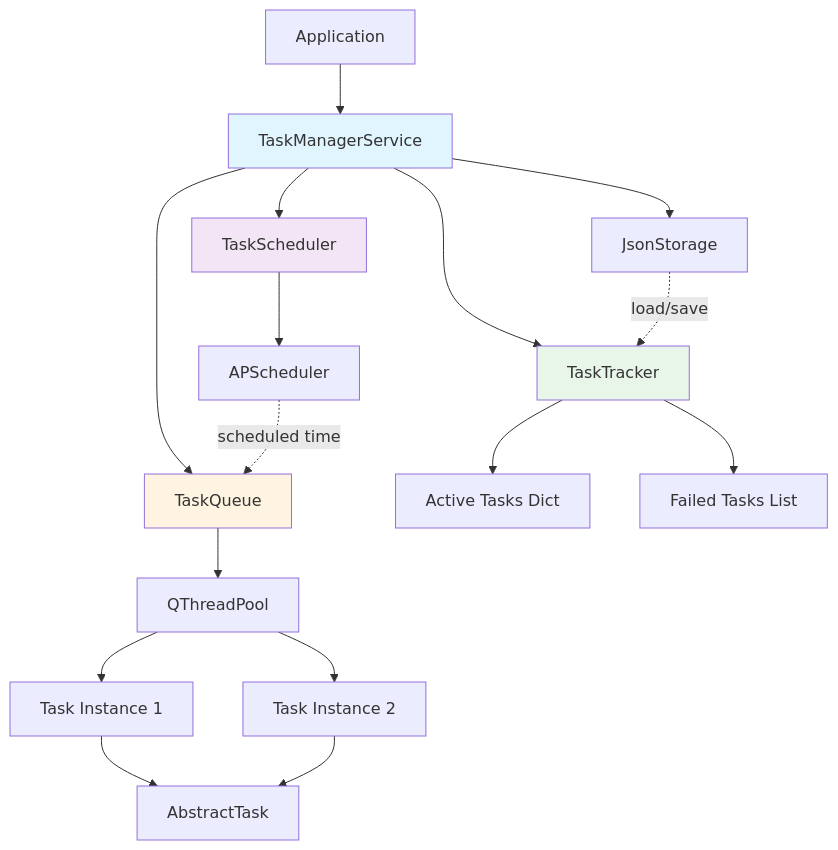
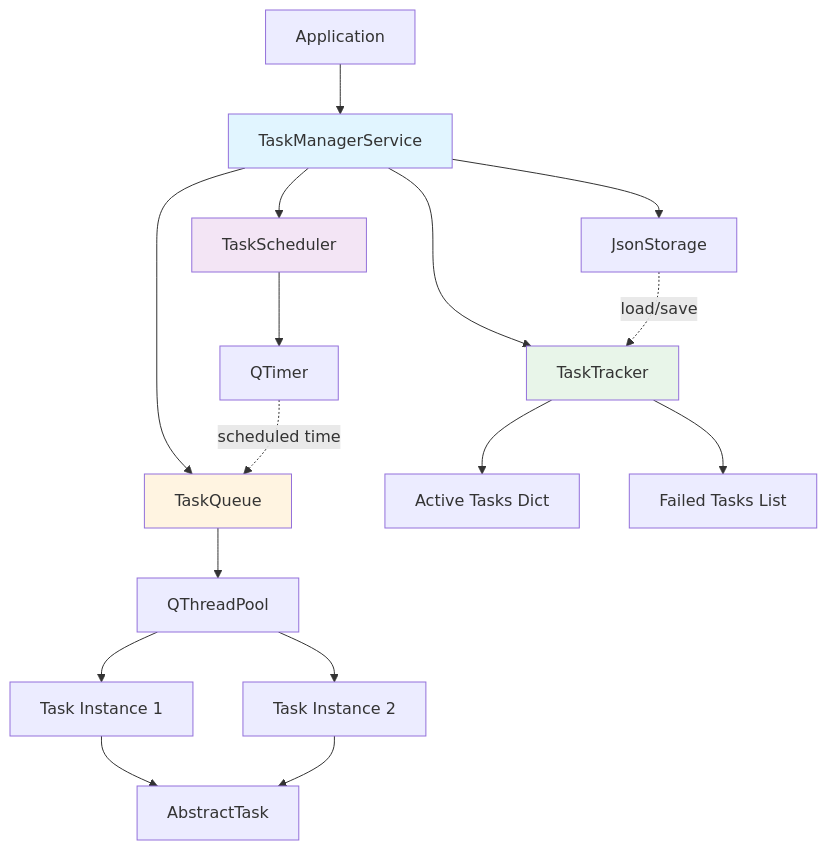
Before and after one commit to ultra-bugs/pyside-base: the first of 2 diagrams in docs/core-refs/12-task-system-overview.md, drawn with Mermaid. The commit also changed other lines of this file and 59 other files, not shown here.

````diff
--- a/docs/core-refs/12-task-system-overview.md
+++ b/docs/core-refs/12-task-system-overview.md
@@ -7,29 +8,29 @@
 ```mermaid
 graph TB
     App[Application] --> TaskManager[TaskManagerService]
     
     TaskManager --> TaskQueue
     TaskManager --> TaskTracker
     TaskManager --> TaskScheduler
     TaskManager --> Storage[JsonStorage]
     
     TaskQueue --> ThreadPool[QThreadPool]
     ThreadPool --> Task1[Task Instance 1]
     ThreadPool --> Task2[Task Instance 2]
     
     TaskTracker --> ActiveTasks[Active Tasks Dict]
     TaskTracker --> FailedTasks[Failed Tasks List]
     
-    TaskScheduler --> APScheduler
-    APScheduler -.->|scheduled time| TaskQueue
+    TaskScheduler --> QTimer[QTimer]
+    QTimer -.->|scheduled time| TaskQueue
     
     Storage -.->|load/save| TaskTracker
     
     Task1 --> AbstractTask
     Task2 --> AbstractTask
     
     style TaskManager fill:#e1f5ff
     style TaskQueue fill:#fff4e1
     style TaskTracker fill:#e8f5e9
     style TaskScheduler fill:#f3e5f5
 ```
````
